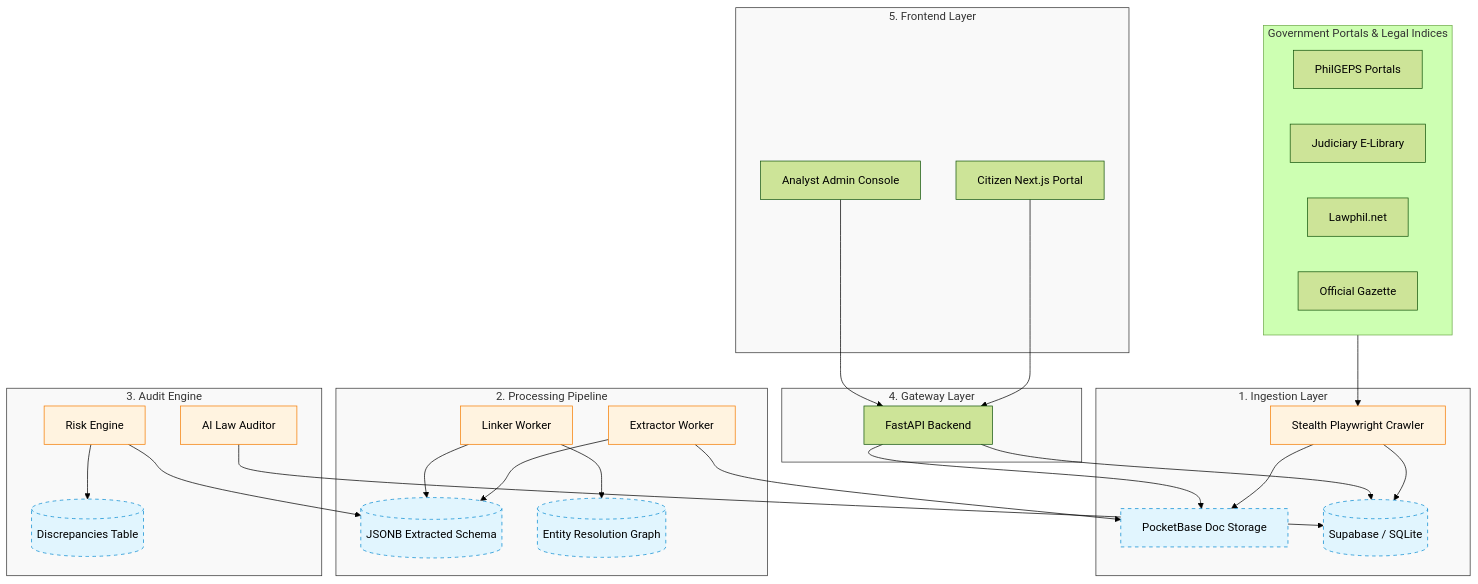
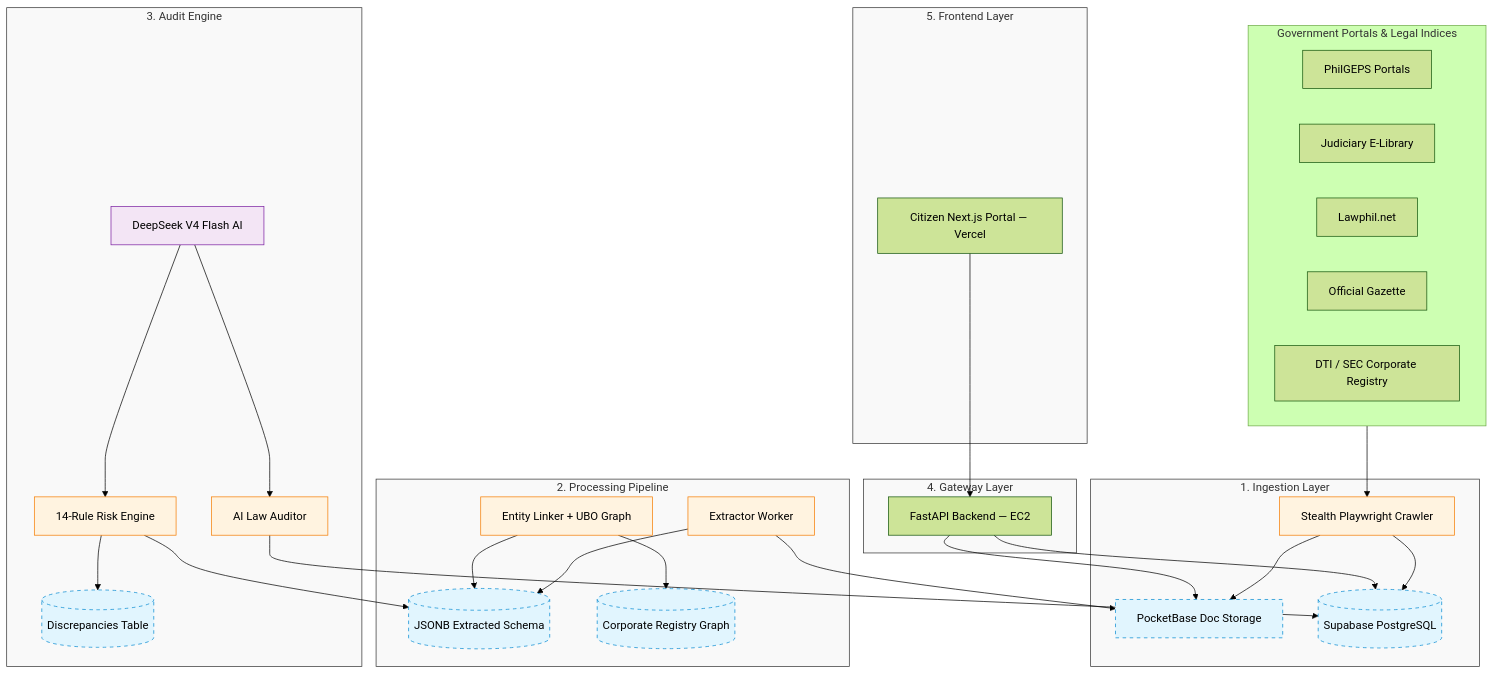
Before and after one commit to santimacorp-droid/veritas-ph: the diagram in README.md, drawn with Mermaid (forest theme). The commit also changed other lines of this file, not shown here.

Commit message:
docs: finalize README specifications for DeepSeek analysis and UBO mapping features

````diff
--- a/README.md
+++ b/README.md
@@ -43,44 +47,47 @@
 ```mermaid
 graph TD
     classDef layer fill:#f9f9f9,stroke:#333,stroke-width:1px;
     classDef db fill:#e1f5fe,stroke:#0288d1,stroke-width:1px,stroke-dasharray: 5 5;
     classDef worker fill:#fff3e0,stroke:#f57c00,stroke-width:1px;
+    classDef ai fill:#f3e5f5,stroke:#7b1fa2,stroke-width:1px;
 
     subgraph Sources [Government Portals & Legal Indices]
         PhilGEPS[PhilGEPS Portals]
         ELib[Judiciary E-Library]
         Lawphil[Lawphil.net]
         OfficialGazette[Official Gazette]
+        DTI[DTI / SEC Corporate Registry]
     end
 
     subgraph Ingestion [1. Ingestion Layer]
         Crawler[Stealth Playwright Crawler]:::worker --> Docs[PocketBase Doc Storage]:::db
-        Crawler --> MetadataDB[(Supabase / SQLite)]:::db
+        Crawler --> MetadataDB[(Supabase PostgreSQL)]:::db
     end
 
     subgraph Processing [2. Processing Pipeline]
         Extractor[Extractor Worker]:::worker --> Docs
         Extractor --> Extractions[(JSONB Extracted Schema)]:::db
-        Linker[Linker Worker]:::worker --> Extractions
-        Linker --> CrossRefs[(Entity Resolution Graph)]:::db
+        Linker[Entity Linker + UBO Graph]:::worker --> Extractions
+        Linker --> CrossRefs[(Corporate Registry Graph)]:::db
     end
 
     subgraph Risk [3. Audit Engine]
-        RiskEngine[Risk Engine]:::worker --> Extractions
+        RiskEngine[14-Rule Risk Engine]:::worker --> Extractions
         RiskEngine --> Discrepancies[(Discrepancies Table)]:::db
+        DeepSeek[DeepSeek V4 Flash AI]:::ai --> RiskEngine
         LawAnalyzer[AI Law Auditor]:::worker --> MetadataDB
+        DeepSeek --> LawAnalyzer
     end
 
     subgraph API [4. Gateway Layer]
-        FastAPI[FastAPI Backend] --> MetadataDB
+        FastAPI[FastAPI Backend — EC2] --> MetadataDB
         FastAPI --> Docs
     end
 
     subgraph UI [5. Frontend Layer]
-        PublicWeb[Citizen Next.js Portal] --> FastAPI
-        AnalystWeb[Analyst Admin Console] --> FastAPI
+        PublicWeb[Citizen Next.js Portal — Vercel] --> FastAPI
     end
 
     Sources --> Crawler
     class Ingestion,Processing,Risk,API,UI layer;
 ```
````
